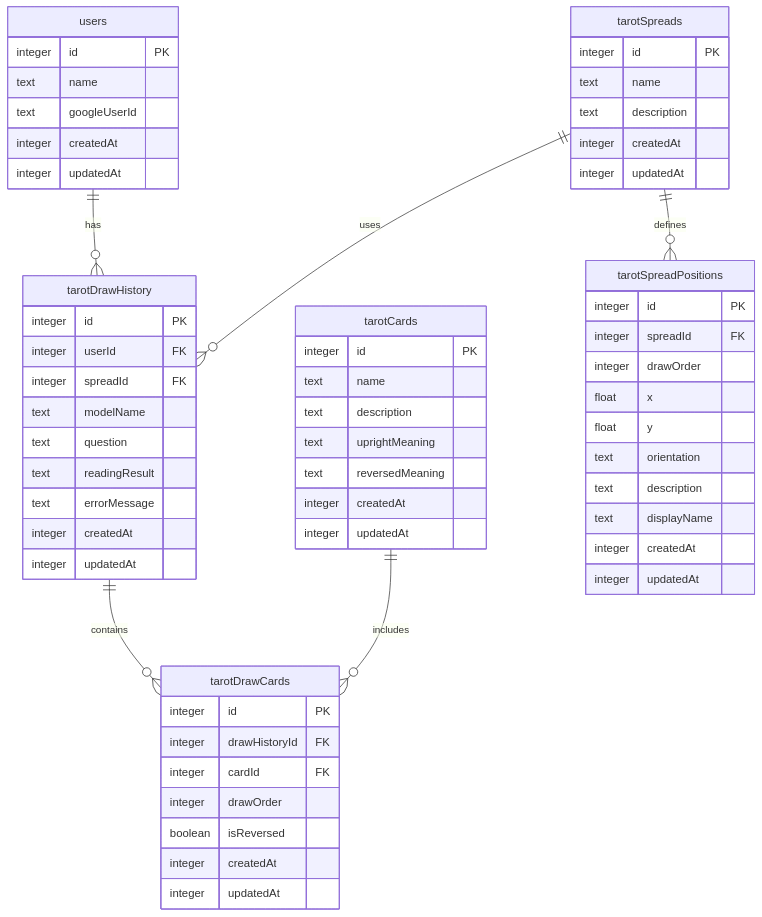
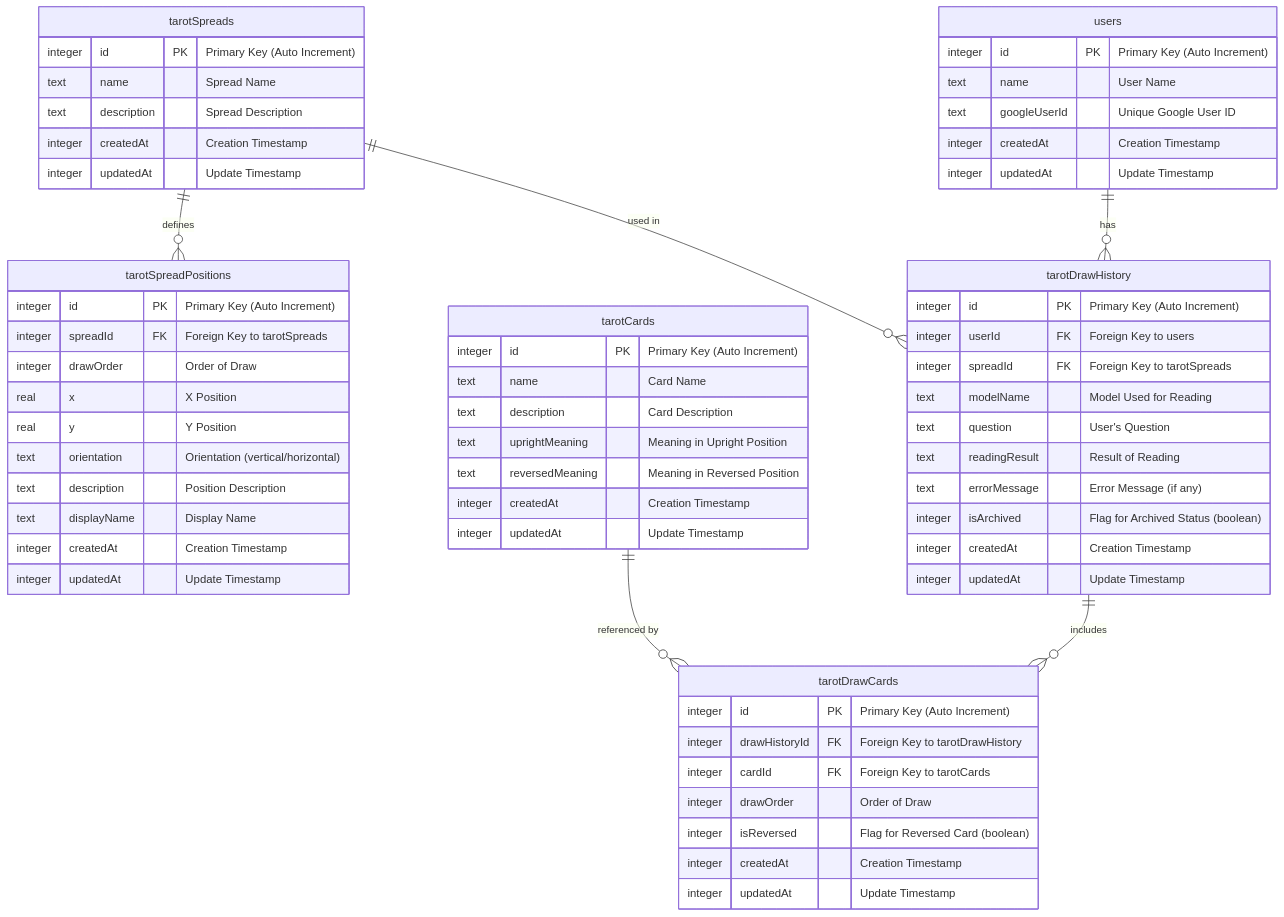
Before and after one commit to himanushi/ai-tarot: the diagram in README.md, drawn with Mermaid. The commit also changed other lines of this file, not shown here.

Commit message:
データベーススキーマのコメント追加

````diff
--- a/README.md
+++ b/README.md
@@ -3,70 +1,72 @@
 ```mermaid
 erDiagram
     users {
-        integer id PK
-        text name
-        text googleUserId
-        integer createdAt
-        integer updatedAt
+        integer id PK "Primary Key (Auto Increment)"
+        text name "User Name"
+        text googleUserId "Unique Google User ID"
+        integer createdAt "Creation Timestamp"
+        integer updatedAt "Update Timestamp"
     }
 
     tarotSpreads {
-        integer id PK
-        text name
-        text description
-        integer createdAt
-        integer updatedAt
+        integer id PK "Primary Key (Auto Increment)"
+        text name "Spread Name"
+        text description "Spread Description"
+        integer createdAt "Creation Timestamp"
+        integer updatedAt "Update Timestamp"
     }
 
     tarotSpreadPositions {
-        integer id PK
-        integer spreadId FK
-        integer drawOrder
-        float x
-        float y
-        text orientation
-        text description
-        text displayName
-        integer createdAt
-        integer updatedAt
+        integer id PK "Primary Key (Auto Increment)"
+        integer spreadId FK "Foreign Key to tarotSpreads"
+        integer drawOrder "Order of Draw"
+        real x "X Position"
+        real y "Y Position"
+        text orientation "Orientation (vertical/horizontal)"
+        text description "Position Description"
+        text displayName "Display Name"
+        integer createdAt "Creation Timestamp"
+        integer updatedAt "Update Timestamp"
     }
 
     tarotCards {
-        integer id PK
-        text name
-        text description
-        text uprightMeaning
-        text reversedMeaning
-        integer createdAt
-        integer updatedAt
+        integer id PK "Primary Key (Auto Increment)"
+        text name "Card Name"
+        text description "Card Description"
+        text uprightMeaning "Meaning in Upright Position"
+        text reversedMeaning "Meaning in Reversed Position"
+        integer createdAt "Creation Timestamp"
+        integer updatedAt "Update Timestamp"
     }
 
     tarotDrawHistory {
-        integer id PK
-        integer userId FK
-        integer spreadId FK
-        text modelName
-        text question
-        text readingResult
-        text errorMessage
-        integer createdAt
-        integer updatedAt
+        integer id PK "Primary Key (Auto Increment)"
+        integer userId FK "Foreign Key to users"
+        integer spreadId FK "Foreign Key to tarotSpreads"
+        text modelName "Model Used for Reading"
+        text question "User's Question"
+        text readingResult "Result of Reading"
+        text errorMessage "Error Message (if any)"
+        integer isArchived "Flag for Archived Status (boolean)"
+        integer createdAt "Creation Timestamp"
+        integer updatedAt "Update Timestamp"
     }
 
     tarotDrawCards {
-        integer id PK
-        integer drawHistoryId FK
-        integer cardId FK
-        integer drawOrder
-        boolean isReversed
-        integer createdAt
-        integer updatedAt
+        integer id PK "Primary Key (Auto Increment)"
+        integer drawHistoryId FK "Foreign Key to tarotDrawHistory"
+        integer cardId FK "Foreign Key to tarotCards"
+        integer drawOrder "Order of Draw"
+        integer isReversed "Flag for Reversed Card (boolean)"
+        integer createdAt "Creation Timestamp"
+        integer updatedAt "Update Timestamp"
     }
 
+    %% Relationships
     users ||--o{ tarotDrawHistory : "has"
-    tarotSpreads ||--o{ tarotDrawHistory : "uses"
     tarotSpreads ||--o{ tarotSpreadPositions : "defines"
-    tarotDrawHistory ||--o{ tarotDrawCards : "contains"
-    tarotCards ||--o{ tarotDrawCards : "includes"
+    tarotSpreads ||--o{ tarotDrawHistory : "used in"
+    tarotDrawHistory ||--o{ tarotDrawCards : "includes"
+    tarotCards ||--o{ tarotDrawCards : "referenced by"
 
 ```
````
